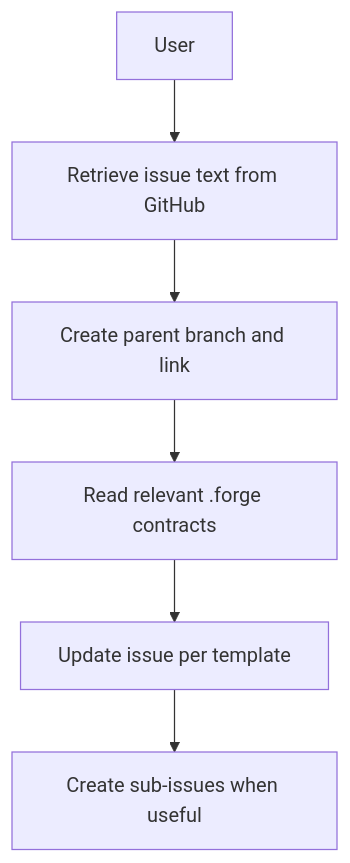
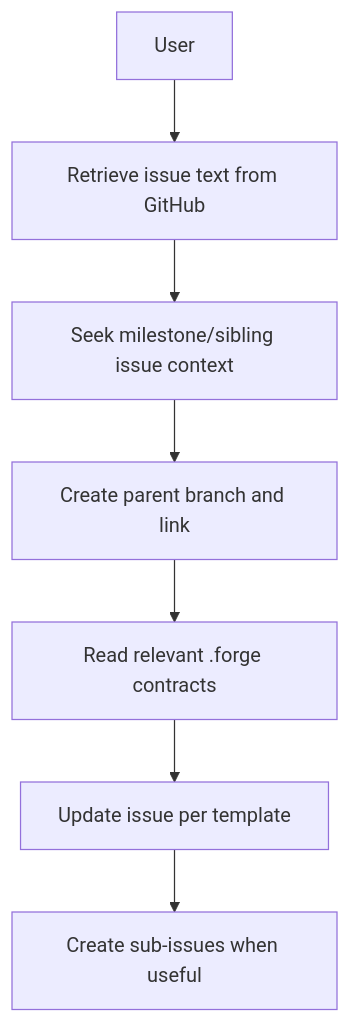
One commit to alto9/forge changed the diagram in docs/agents/tech-writer.md. Above: the diagram before and after it, drawn with Mermaid. The commit also changed other lines of this file and 8 other files, not shown here.

````diff
--- a/docs/agents/tech-writer.md
+++ b/docs/agents/tech-writer.md
@@ -13,8 +19,9 @@
 ```mermaid
 flowchart TD
     A[User] --> B[Retrieve issue text from GitHub]
-    B --> C[Create parent branch and link]
-    C --> D[Read relevant .forge contracts]
-    D --> E[Update issue per template]
-    E --> F[Create sub-issues when useful]
+    B --> C[Seek milestone/sibling issue context]
+    C --> D[Create parent branch and link]
+    D --> E[Read relevant .forge contracts]
+    E --> F[Update issue per template]
+    F --> G[Create sub-issues when useful]
 ```
````
